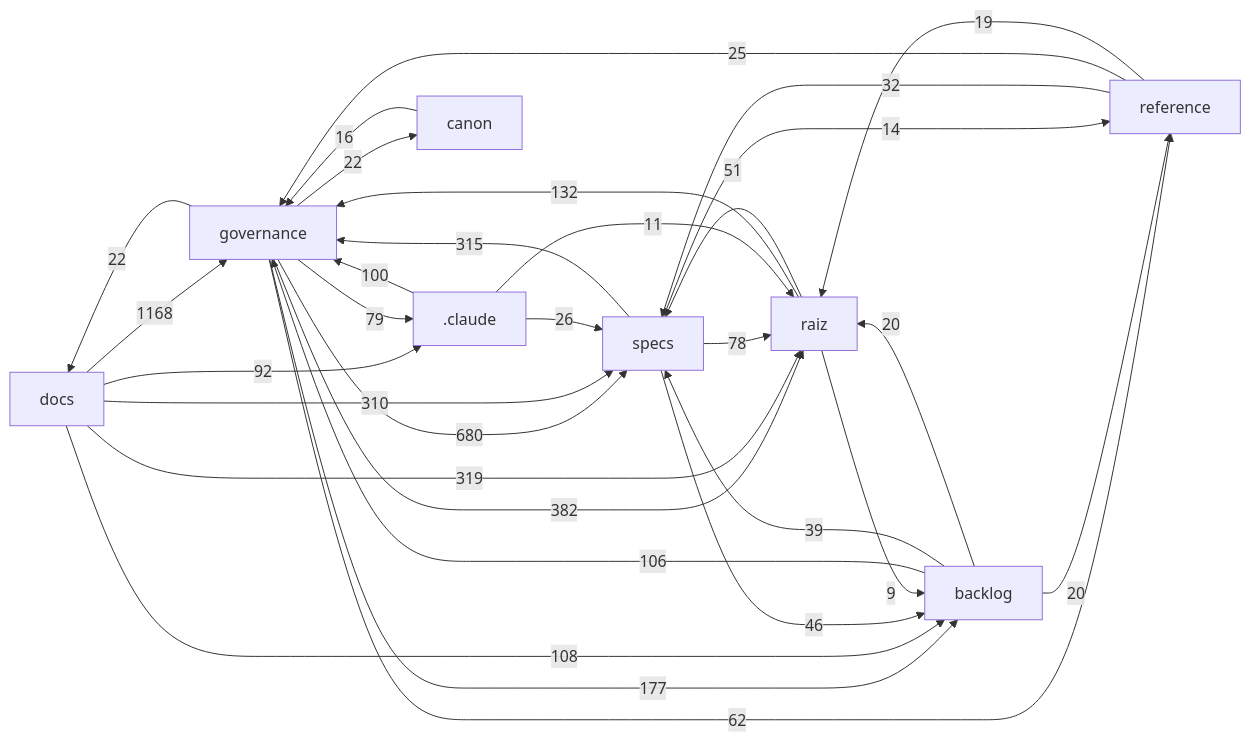
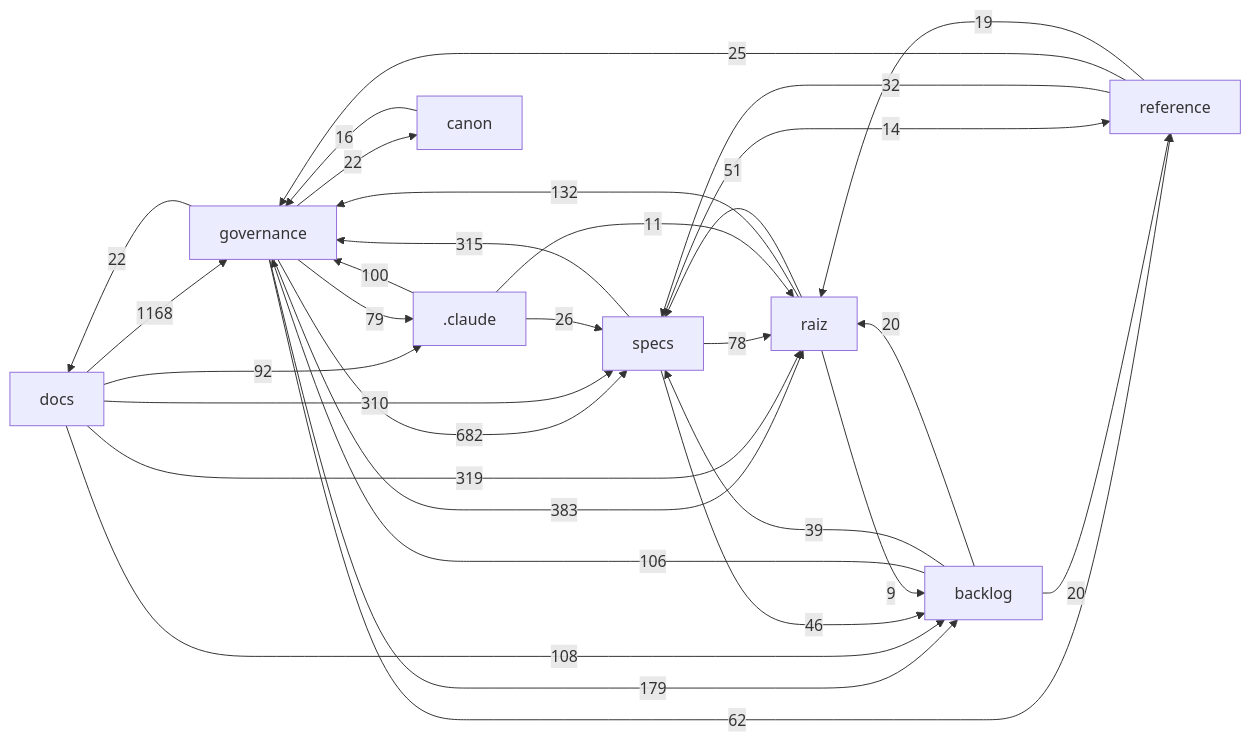
One commit to Andraus35/Sistema-Operacional-de-Trading--SOT changed the diagram in docs/mapa/MAPA-PROJETO.md. Above: the diagram before and after it, drawn with Mermaid. The commit also changed other lines of this file and 2 other files, not shown here.

````diff
--- a/docs/mapa/MAPA-PROJETO.md
+++ b/docs/mapa/MAPA-PROJETO.md
@@ -29,33 +29,33 @@
 ```mermaid
 flowchart LR
   docs["docs"] -->|1168| governance["governance"]
-  governance["governance"] -->|680| specs["specs"]
-  governance["governance"] -->|382| raiz["raiz"]
+  governance["governance"] -->|682| specs["specs"]
+  governance["governance"] -->|383| raiz["raiz"]
   docs["docs"] -->|319| raiz["raiz"]
   specs["specs"] -->|315| governance["governance"]
   docs["docs"] -->|310| specs["specs"]
-  governance["governance"] -->|177| backlog["backlog"]
+  governance["governance"] -->|179| backlog["backlog"]
   raiz["raiz"] -->|132| governance["governance"]
   docs["docs"] -->|108| backlog["backlog"]
   backlog["backlog"] -->|106| governance["governance"]
   _claude[".claude"] -->|100| governance["governance"]
   docs["docs"] -->|92| _claude[".claude"]
   governance["governance"] -->|79| _claude[".claude"]
   specs["specs"] -->|78| raiz["raiz"]
   governance["governance"] -->|62| reference["reference"]
   raiz["raiz"] -->|51| specs["specs"]
   specs["specs"] -->|46| backlog["backlog"]
   backlog["backlog"] -->|39| specs["specs"]
   reference["reference"] -->|32| specs["specs"]
   _claude[".claude"] -->|26| specs["specs"]
   reference["reference"] -->|25| governance["governance"]
   governance["governance"] -->|22| docs["docs"]
   governance["governance"] -->|22| canon["canon"]
   backlog["backlog"] -->|20| raiz["raiz"]
   backlog["backlog"] -->|20| reference["reference"]
   reference["reference"] -->|19| raiz["raiz"]
   canon["canon"] -->|16| governance["governance"]
   specs["specs"] -->|14| reference["reference"]
   _claude[".claude"] -->|11| raiz["raiz"]
   raiz["raiz"] -->|9| backlog["backlog"]
 ```
````
